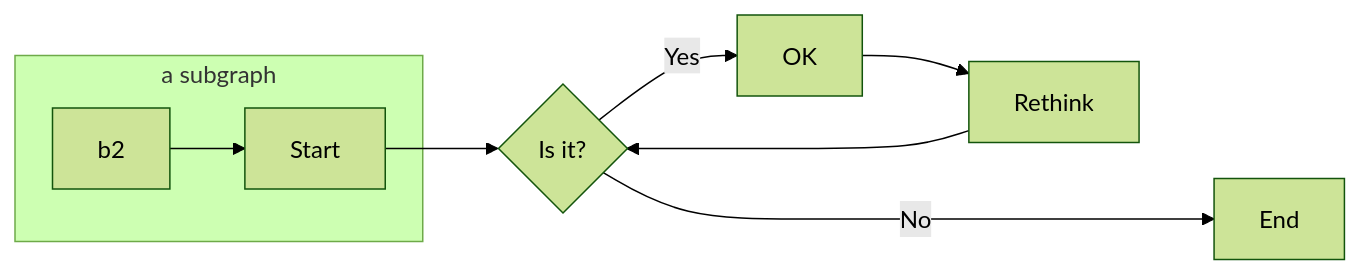
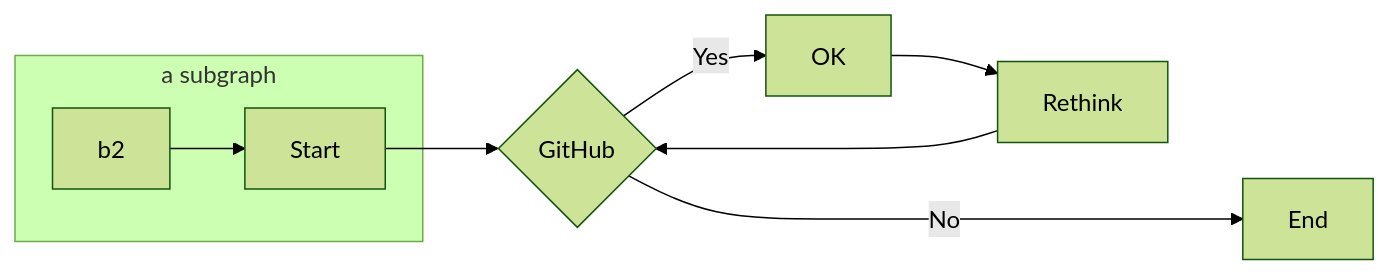
The second of 4 diagrams in websites/docs-smoke-test/src/content/components/mermaid-diagram.mdx (commercetools/commercetools-docs-kit), drawn with Mermaid (forest theme) before and after one commit. The commit also changed 3 other files, not shown here.

````diff
--- a/websites/docs-smoke-test/src/content/components/mermaid-diagram.mdx
+++ b/websites/docs-smoke-test/src/content/components/mermaid-diagram.mdx
@@ -29,11 +29,12 @@
 ```mermaid
 flowchart LR
     subgraph a subgraph
     b2-->A
     end
-    A[Start] --> B{Is it?}
-    B -->|Yes| C[OK]
+    A[Start] --> GitHub{GitHub}
+    GitHub -->|Yes| C[OK]
     C --> D[Rethink]
-    D --> B
-    B ---->|No| E[End]
+    D --> GitHub
+    GitHub ---->|No| E[End]
+    click GitHub "http://www.github.com" "B is a link to Github"
 ```
````
